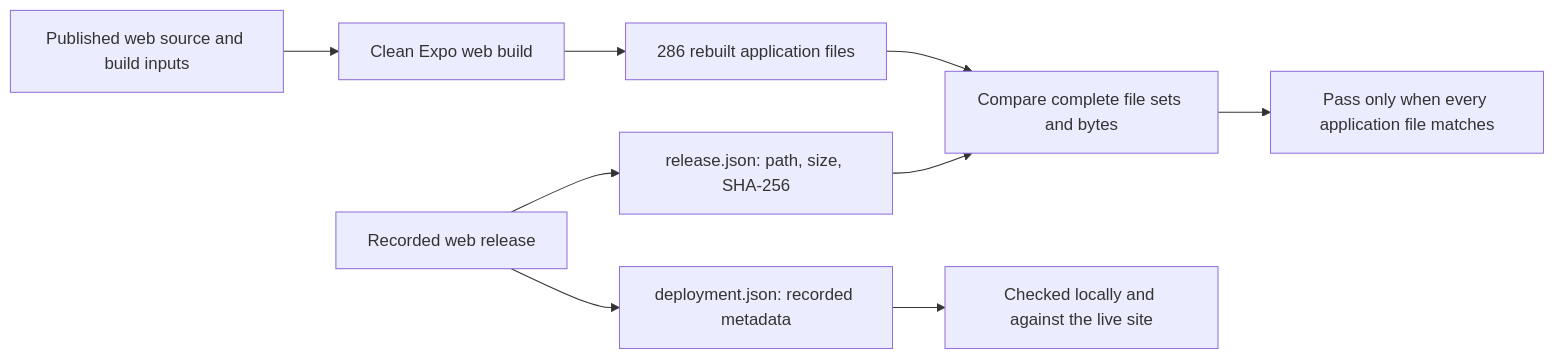
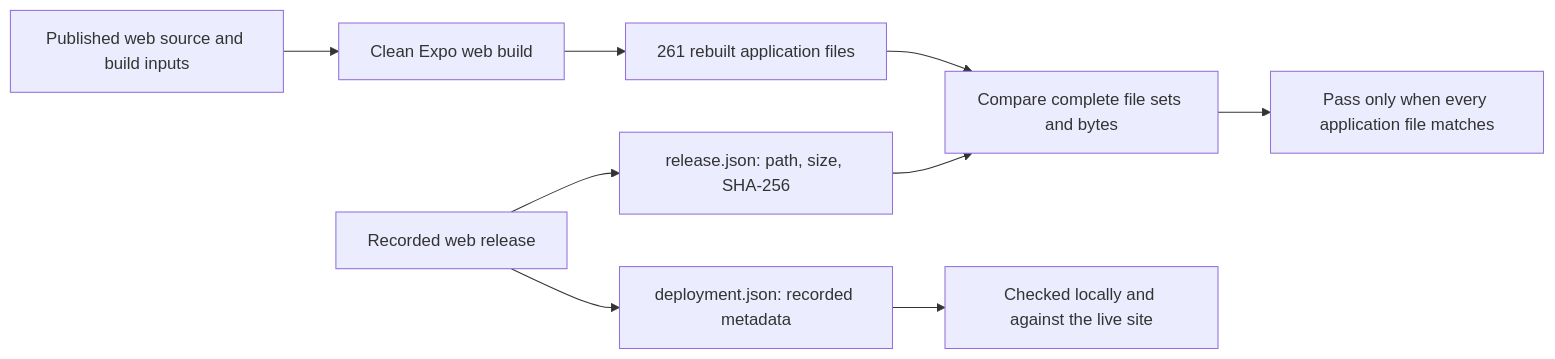
One commit to nuri-com/nuri-wallet changed the first of 5 diagrams in README.md. Above: the diagram before and after it, drawn with Mermaid. The commit also changed other lines of this file and 537 other files, not shown here.

````diff
--- a/README.md
+++ b/README.md
@@ -167,11 +167,11 @@
 ```mermaid
 flowchart LR
     S["Published web source and build inputs"] --> B["Clean Expo web build"]
-    B --> R["286 rebuilt application files"]
+    B --> R["261 rebuilt application files"]
     W["Recorded web release"] --> M["release.json: path, size, SHA-256"]
     R --> C["Compare complete file sets and bytes"]
     M --> C
     W --> D["deployment.json: recorded metadata"]
     D --> L["Checked locally and against the live site"]
     C --> P["Pass only when every application file matches"]
 ```
````
